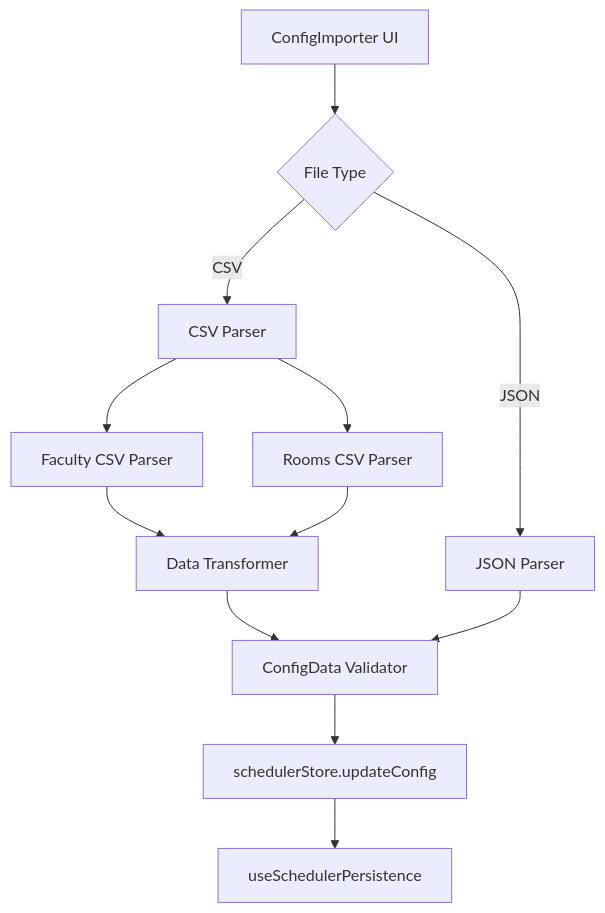
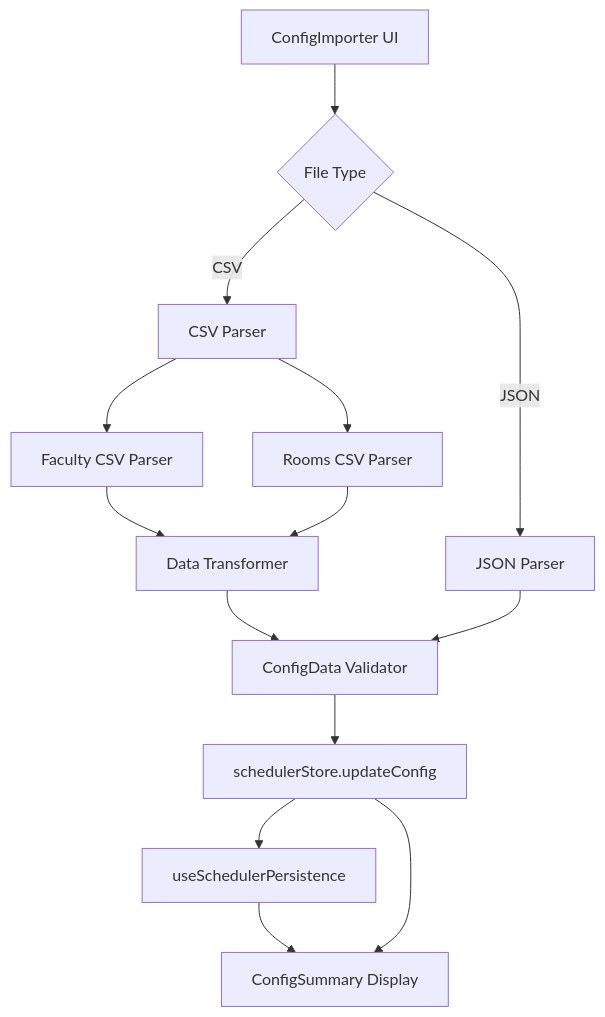
One commit to sabit/alokate changed the diagram in .kiro/specs/csv-configuration-import/design.md. Above: the diagram before and after it, drawn with Mermaid. The commit also changed other lines of this file and 6 other files, not shown here.

````diff
--- a/.kiro/specs/csv-configuration-import/design.md
+++ b/.kiro/specs/csv-configuration-import/design.md
@@ -19,14 +19,16 @@
 ```mermaid
 graph TD
     A[ConfigImporter UI] --> B{File Type}
     B -->|JSON| C[JSON Parser]
     B -->|CSV| D[CSV Parser]
     D --> E[Faculty CSV Parser]
     D --> F[Rooms CSV Parser]
     E --> G[Data Transformer]
     F --> G
     G --> H[ConfigData Validator]
     C --> H
     H --> I[schedulerStore.updateConfig]
     I --> J[useSchedulerPersistence]
+    J --> K[ConfigSummary Display]
+    I --> K
 ```
````
